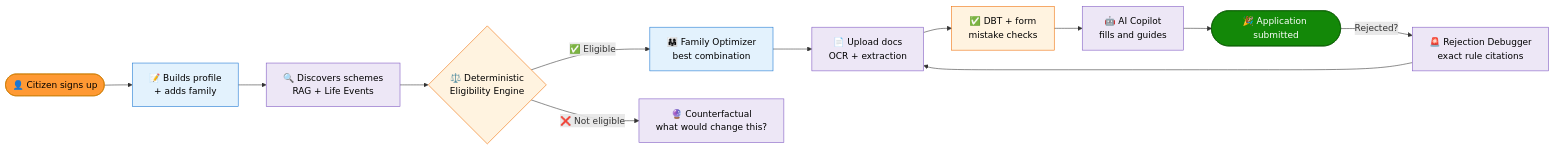
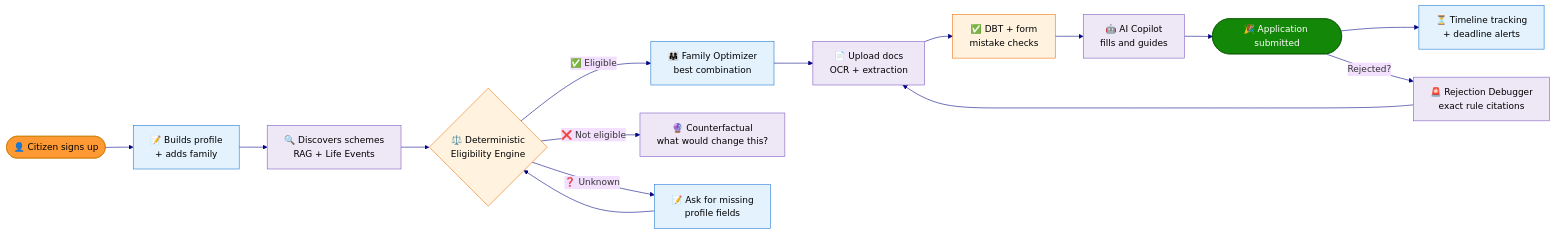
The second of 20 diagrams in README.md (Akshatsrii/Adhikar), drawn with Mermaid before and after one commit. The commit also changed other lines of this file, not shown here.

````diff
--- a/README.md
+++ b/README.md
@@ -260,20 +300,24 @@
 ```mermaid
+%%{init: {'theme':'base','themeVariables':{'fontFamily':'Segoe UI, Arial','primaryColor':'#FFF3E0','primaryBorderColor':'#FF9933','lineColor':'#000080'}}}%%
 flowchart LR
     A(["👤 Citizen signs up"]):::user --> B["📝 Builds profile<br/>+ adds family"]:::step
     B --> C["🔍 Discovers schemes<br/>RAG + Life Events"]:::ai
     C --> D{"⚖️ Deterministic<br/>Eligibility Engine"}:::engine
     D -->|"✅ Eligible"| E["👨‍👩‍👧 Family Optimizer<br/>best combination"]:::step
     D -->|"❌ Not eligible"| X["🔮 Counterfactual<br/>what would change this?"]:::ai
+    D -->|"❓ Unknown"| Q["📝 Ask for missing<br/>profile fields"]:::step
+    Q --> D
     E --> F["📄 Upload docs<br/>OCR + extraction"]:::ai
     F --> G["✅ DBT + form<br/>mistake checks"]:::engine
     G --> H["🤖 AI Copilot<br/>fills and guides"]:::ai
     H --> I(["🎉 Application submitted"]):::done
+    I --> T["⏳ Timeline tracking<br/>+ deadline alerts"]:::step
     I -->|"Rejected?"| J["🚨 Rejection Debugger<br/>exact rule citations"]:::ai
     J --> F
 
     classDef user fill:#FF9933,stroke:#cc7a00,color:#000
     classDef step fill:#e3f2fd,stroke:#1976d2,color:#000
     classDef ai fill:#ede7f6,stroke:#7e57c2,color:#000
     classDef engine fill:#fff3e0,stroke:#ef6c00,color:#000
     classDef done fill:#138808,stroke:#0b5a05,color:#fff
 ```
````
